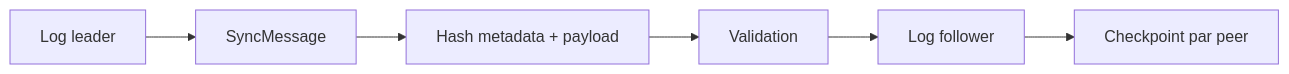
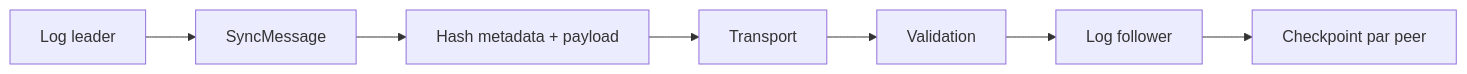
The diagram in i18n/fr/docusaurus-plugin-content-docs/current/architecture/synchronization.md (dnettoRaw/appcore-wiki), drawn with Mermaid before and after one commit. The commit also changed other lines of this file and 16 other files, not shown here.

````diff
--- a/i18n/fr/docusaurus-plugin-content-docs/current/architecture/synchronization.md
+++ b/i18n/fr/docusaurus-plugin-content-docs/current/architecture/synchronization.md
@@ -18,8 +25,9 @@
 ```mermaid
 flowchart LR
     LeaderLog[Log leader] --> Batch[SyncMessage]
     Batch --> Hash[Hash metadata + payload]
-    Hash --> Receiver[Validation]
+    Hash --> Transport[Transport]
+    Transport --> Receiver[Validation]
     Receiver --> FollowerLog[Log follower]
-    FollowerLog --> Checkpoint[Checkpoint par peer]
+FollowerLog --> Checkpoint[Checkpoint par peer]
 ```
````
